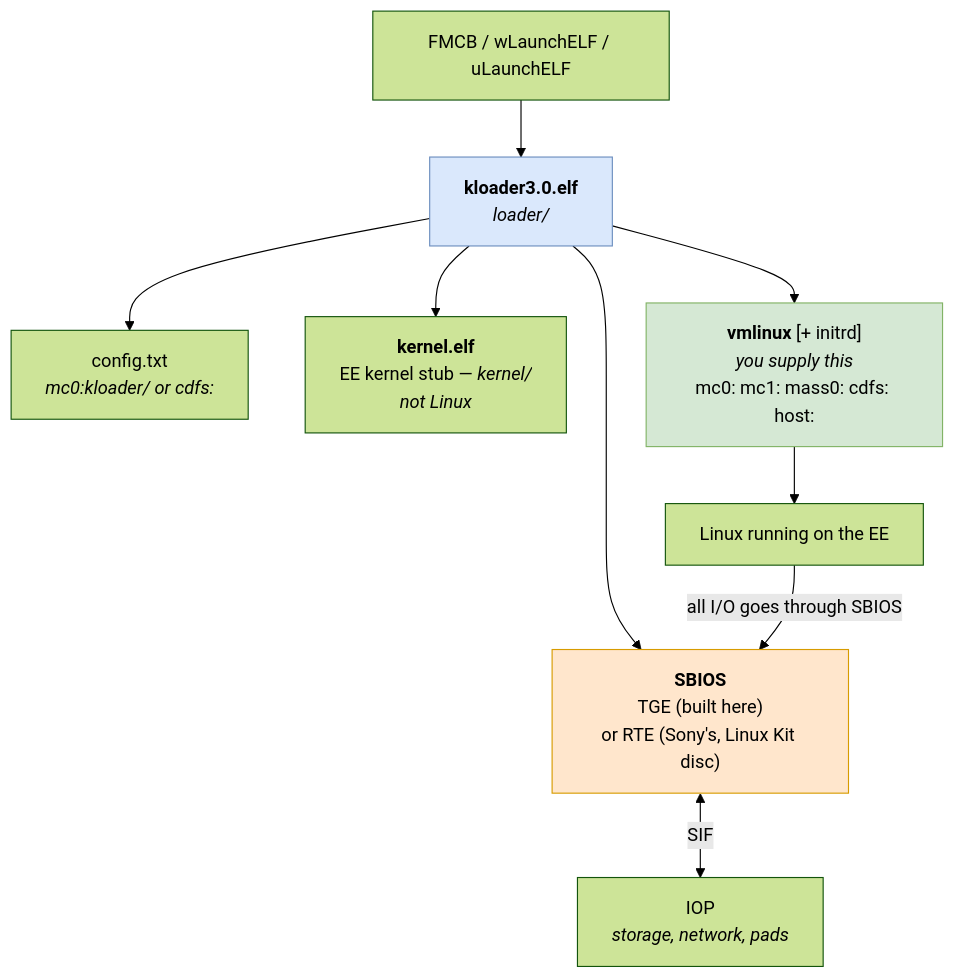
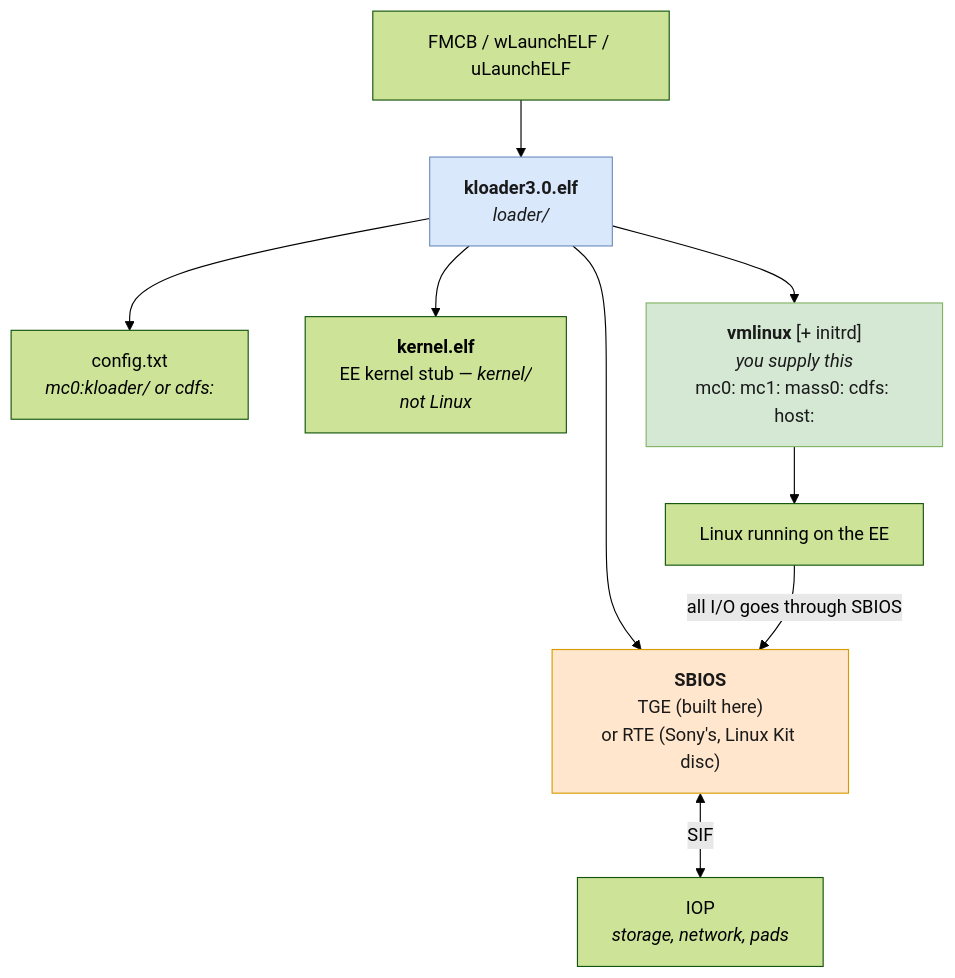
One commit to Arawn-Davies/kernelreloaded changed the first of 3 diagrams in docs/kernelloader-internals.md. Above: the diagram before and after it, drawn with Mermaid (forest theme). The commit also changed other lines of this file and 2 other files, not shown here.

First line of the commit message:
Fix mermaid contrast in dark mode

````diff
--- a/docs/kernelloader-internals.md
+++ b/docs/kernelloader-internals.md
@@ -16,24 +16,24 @@
 ```mermaid
 flowchart TD
     BOOT["FMCB / wLaunchELF / uLaunchELF"]
     KL["<b>kloader3.0.elf</b><br/><i>loader/</i>"]
     CFG["config.txt<br/><i>mc0:kloader/ or cdfs:</i>"]
     SB["<b>SBIOS</b><br/>TGE (built here)<br/>or RTE (Sony's, Linux Kit disc)"]
     STUB["<b>kernel.elf</b><br/>EE kernel stub — <i>kernel/</i><br/><i>not Linux</i>"]
     VM["<b>vmlinux</b> [+ initrd]<br/><i>you supply this</i><br/>mc0: mc1: mass0: cdfs: host:"]
     LX["Linux running on the EE"]
     IOP["IOP<br/><i>storage, network, pads</i>"]
 
     BOOT --> KL
     KL --> CFG
     KL --> SB
     KL --> STUB
     KL --> VM
     VM --> LX
     LX -->|"all I/O goes through SBIOS"| SB
     SB <-->|SIF| IOP
 
-    style KL fill:#dae8fc,stroke:#6c8ebf
-    style SB fill:#ffe6cc,stroke:#d79b00
-    style VM fill:#d5e8d4,stroke:#82b366
+    style KL fill:#dae8fc,stroke:#6c8ebf,color:#1a1a1a
+    style SB fill:#ffe6cc,stroke:#d79b00,color:#1a1a1a
+    style VM fill:#d5e8d4,stroke:#82b366,color:#1a1a1a
 ```
````
